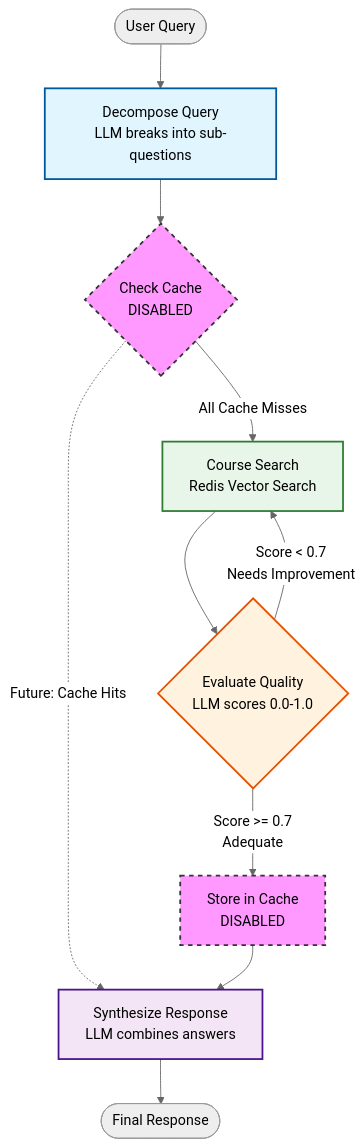
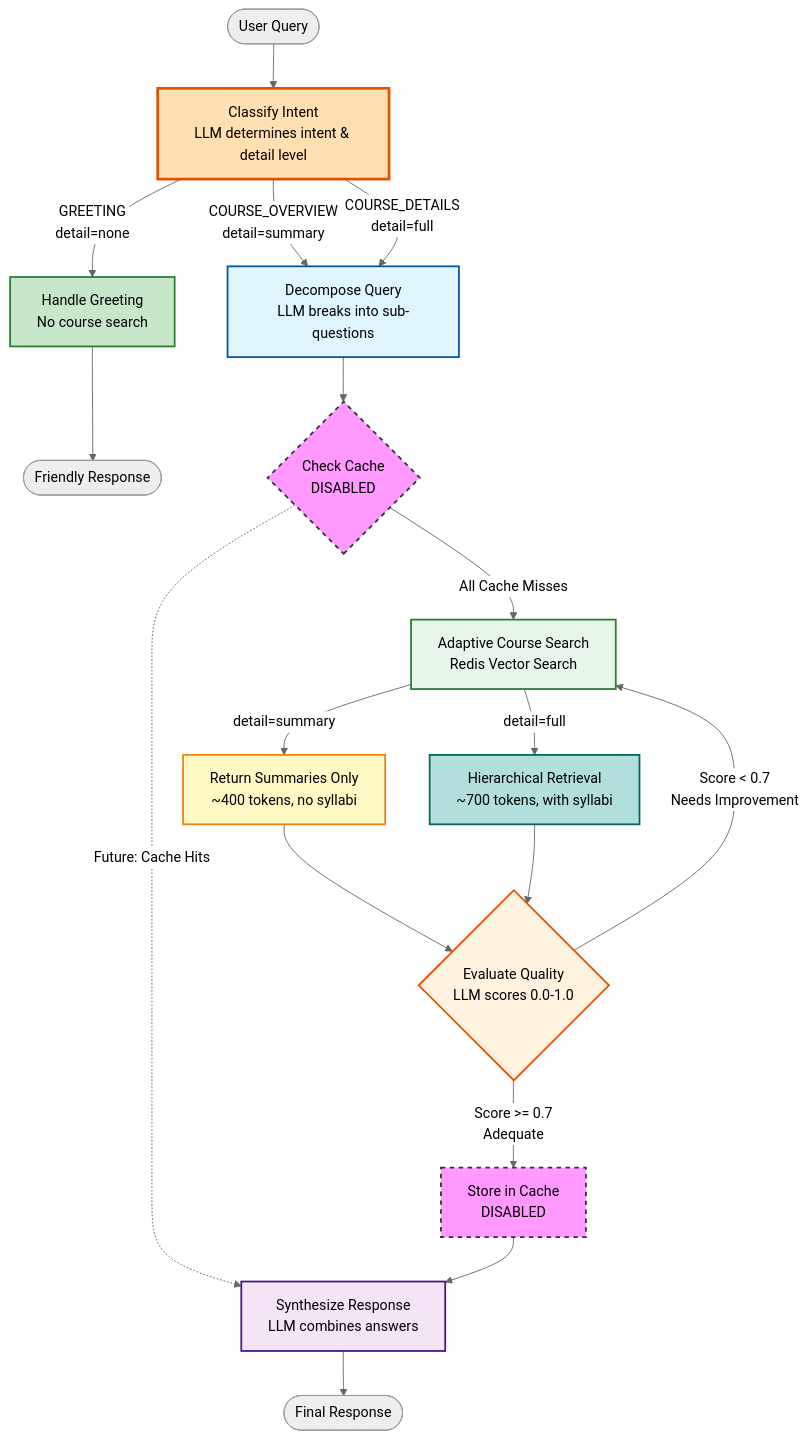
One commit to redis-developer/redis-ai-resources changed the diagram in python-recipes/context-engineering/reference-agent/progressive_agents/stage3_full_agent_without_memory/README.md. Above: the diagram before and after it, drawn with Mermaid (neutral theme). The commit also changed other lines of this file and 46 other files, not shown here.

````diff
--- a/python-recipes/context-engineering/reference-agent/progressive_agents/stage3_full_agent_without_memory/README.md
+++ b/python-recipes/context-engineering/reference-agent/progressive_agents/stage3_full_agent_without_memory/README.md
@@ -30,23 +69,40 @@
 ```mermaid
 graph TD
-    Start([User Query]) --> Decompose[Decompose Query<br/>LLM breaks into sub-questions]
-    Decompose --> Cache{Check Cache<br/>DISABLED}
+    Start([User Query]) --> Classify[Classify Intent<br/>LLM determines intent & detail level]
 
-    Cache -->|All Cache Misses| Research[Course Search<br/>Redis Vector Search]
+    Classify -->|GREETING<br/>detail=none| Greeting[Handle Greeting<br/>No course search]
+    Classify -->|COURSE_OVERVIEW<br/>detail=summary| Decompose
+    Classify -->|COURSE_DETAILS<br/>detail=full| Decompose
+
+    Greeting --> End1([Friendly Response])
+
+    Decompose[Decompose Query<br/>LLM breaks into sub-questions] --> Cache{Check Cache<br/>DISABLED}
+
+    Cache -->|All Cache Misses| Research[Adaptive Course Search<br/>Redis Vector Search]
     Cache -.->|Future: Cache Hits| Synthesize
 
-    Research --> Quality{Evaluate Quality<br/>LLM scores 0.0-1.0}
+    Research -->|detail=summary| SummaryOnly[Return Summaries Only<br/>~400 tokens, no syllabi]
+    Research -->|detail=full| Hierarchical[Hierarchical Retrieval<br/>~700 tokens, with syllabi]
+
+    SummaryOnly --> Quality
+    Hierarchical --> Quality
+
+    Quality{Evaluate Quality<br/>LLM scores 0.0-1.0}
 
     Quality -->|Score < 0.7<br/>Needs Improvement| Research
     Quality -->|Score >= 0.7<br/>Adequate| CacheStore[Store in Cache<br/>DISABLED]
 
     CacheStore --> Synthesize[Synthesize Response<br/>LLM combines answers]
-    Synthesize --> End([Final Response])
+    Synthesize --> End2([Final Response])
 
+    style Classify fill:#ffe0b2,stroke:#e65100,stroke-width:3px
+    style Greeting fill:#c8e6c9,stroke:#2e7d32,stroke-width:2px
     style Cache fill:#f9f,stroke:#333,stroke-width:2px,stroke-dasharray: 5 5
     style CacheStore fill:#f9f,stroke:#333,stroke-width:2px,stroke-dasharray: 5 5
     style Decompose fill:#e1f5ff,stroke:#01579b,stroke-width:2px
     style Research fill:#e8f5e9,stroke:#2e7d32,stroke-width:2px
+    style SummaryOnly fill:#fff9c4,stroke:#f57f17,stroke-width:2px
+    style Hierarchical fill:#b2dfdb,stroke:#00695c,stroke-width:2px
     style Quality fill:#fff3e0,stroke:#e65100,stroke-width:2px
     style Synthesize fill:#f3e5f5,stroke:#4a148c,stroke-width:2px
 ```
````
